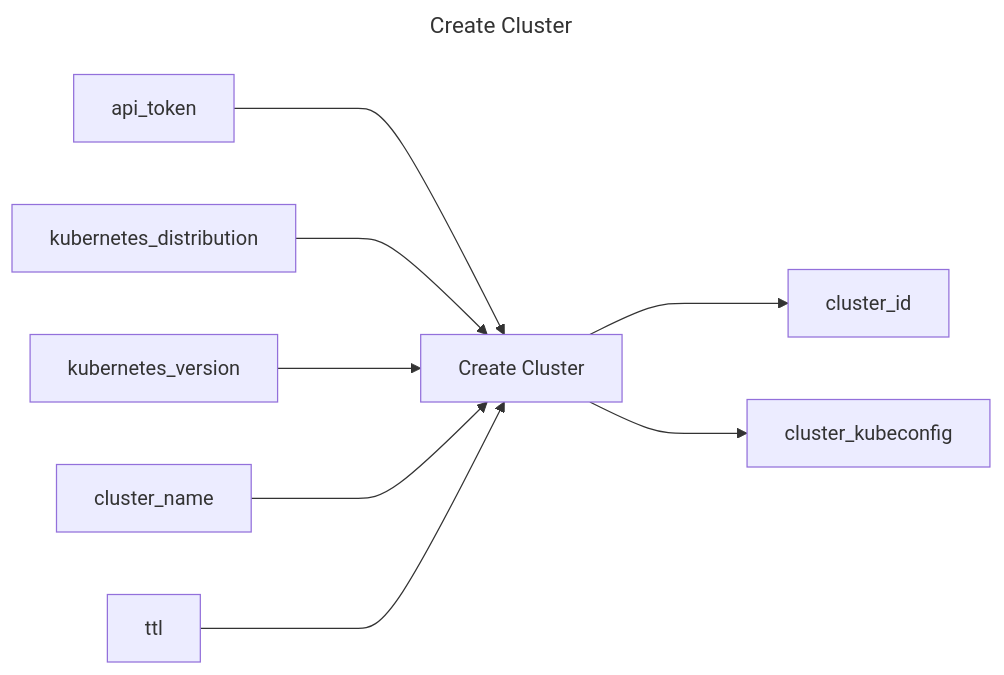
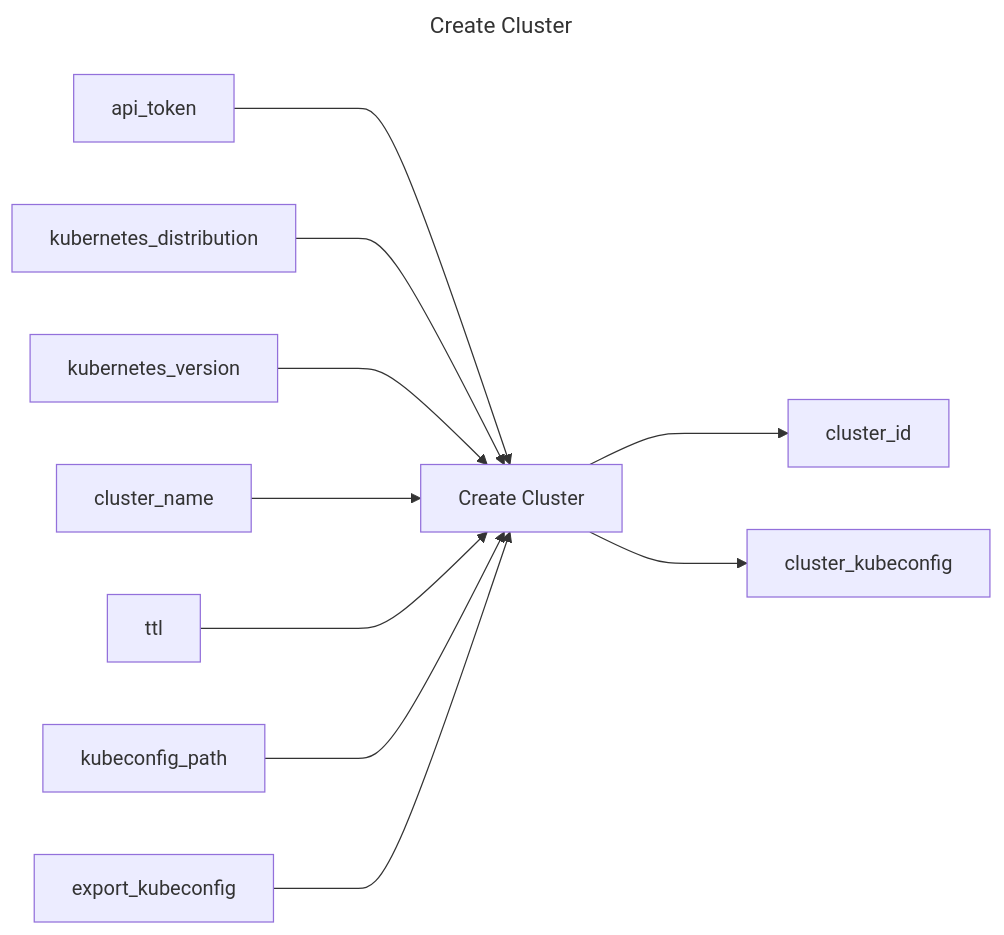
One commit to replicatedhq/replicated-actions changed the diagram in create-cluster/README.md. Above: the diagram before and after it, drawn with Mermaid. The commit also changed other lines of this file and 2 other files, not shown here.

Commit message:
Automated commit of npm build result and updated readme files

````diff
--- a/create-cluster/README.md
+++ b/create-cluster/README.md
@@ -3,14 +3,16 @@
 ```mermaid
 ---
 title: Create Cluster
 ---
 graph LR
 create_cluster["Create Cluster"]
 api_token ---> create_cluster
 kubernetes_distribution ---> create_cluster
 kubernetes_version ---> create_cluster
 cluster_name ---> create_cluster
 ttl ---> create_cluster
+kubeconfig_path ---> create_cluster
+export_kubeconfig ---> create_cluster
 create_cluster ---> cluster_id
 create_cluster ---> cluster_kubeconfig
 ```
````
